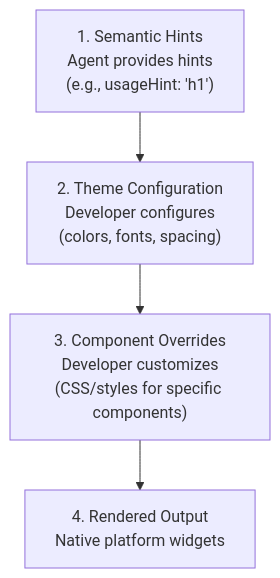
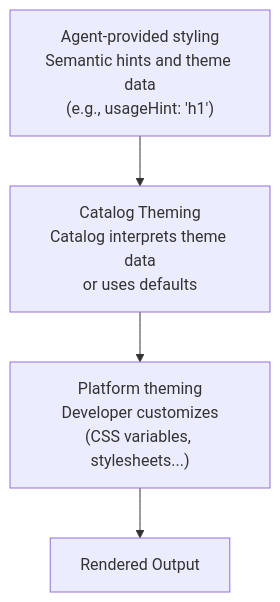
Before and after one commit to andrewkolos/A2UI: the diagram in docs/guides/theming.md, drawn with Mermaid. The commit also changed other lines of this file, not shown here.

First line of the commit message:
docs: Update theming docs. (#1231)

````diff
--- a/docs/guides/theming.md
+++ b/docs/guides/theming.md
@@ -23,9 +18,9 @@
 ```mermaid
 flowchart TD
-    A["1. Semantic Hints<br/>Agent provides hints<br/>(e.g., usageHint: 'h1')"]
-    B["2. Theme Configuration<br/>Developer configures<br/>(colors, fonts, spacing)"]
-    C["3. Component Overrides<br/>Developer customizes<br/>(CSS/styles for specific components)"]
-    D["4. Rendered Output<br/>Native platform widgets"]
+    A["Agent-provided styling<br/>Semantic hints and theme data<br/>(e.g., usageHint: 'h1')"]
+    B["Catalog Theming<br/>Catalog interprets theme data<br/>or uses defaults"]
+    C["Platform theming<br/>Developer customizes<br/>(CSS variables, stylesheets...)"]
+    D["Rendered Output"]
 
     A --> B --> C --> D
 ```
````
